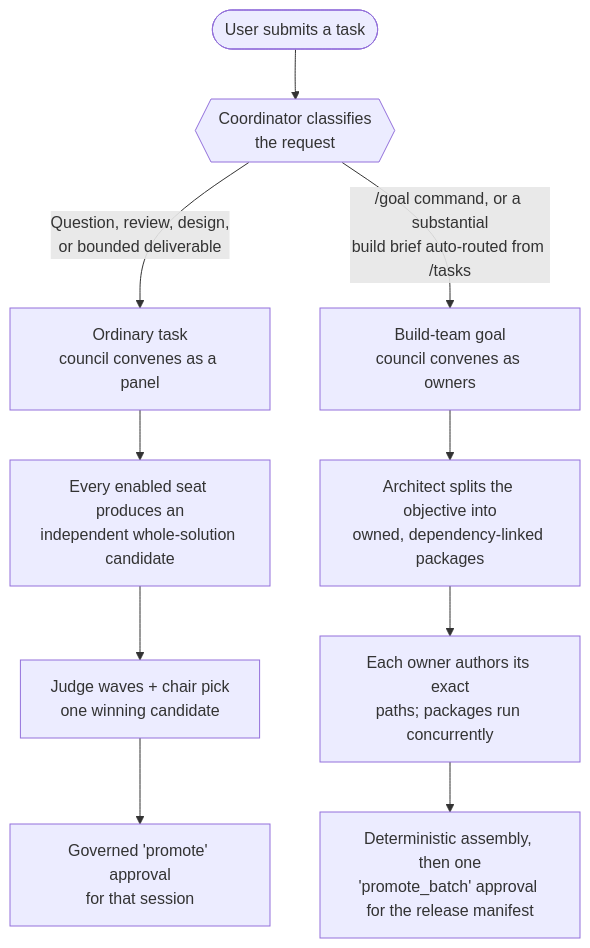
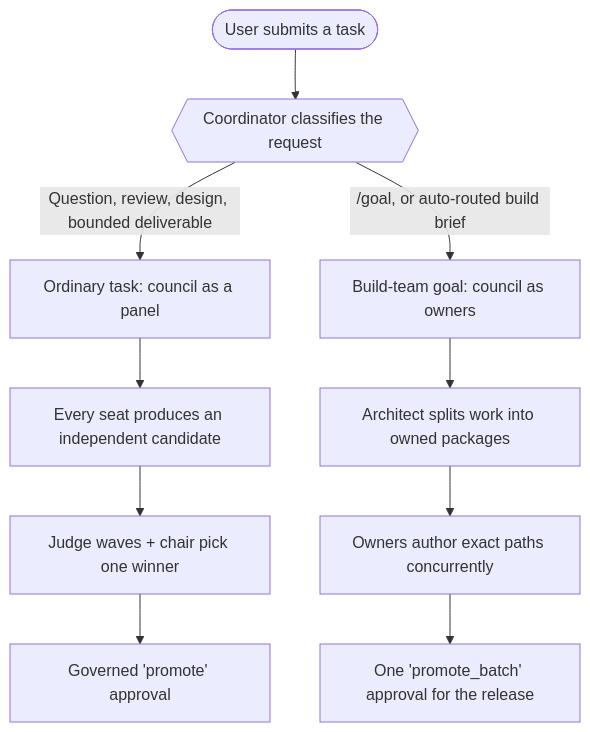
One commit to Digitalgods2/gangof8 changed the first of 3 diagrams in README.md. Above: the diagram before and after it, drawn with Mermaid. The commit also changed other lines of this file, not shown here.

First line of the commit message:
fix: drop <br/> line breaks in README Mermaid diagrams

````diff
--- a/README.md
+++ b/README.md
@@ -51,16 +51,16 @@
 ```mermaid
 flowchart TD
-    Start(["User submits a task"]) --> Classify{{"Coordinator classifies<br/>the request"}}
+    Start(["User submits a task"]) --> Classify{{"Coordinator classifies the request"}}
 
-    Classify -->|"Question, review, design,<br/>or bounded deliverable"| Ordinary["Ordinary task<br/>council convenes as a panel"]
-    Classify -->|"/goal command, or a substantial<br/>build brief auto-routed from /tasks"| Goal["Build-team goal<br/>council convenes as owners"]
+    Classify -->|"Question, review, design, bounded deliverable"| Ordinary["Ordinary task: council as a panel"]
+    Classify -->|"/goal, or auto-routed build brief"| Goal["Build-team goal: council as owners"]
 
-    Ordinary --> OrdinaryWhat["Every enabled seat produces an<br/>independent whole-solution candidate"]
-    Goal --> GoalWhat["Architect splits the objective into<br/>owned, dependency-linked packages"]
+    Ordinary --> OrdinaryWhat["Every seat produces an independent candidate"]
+    Goal --> GoalWhat["Architect splits work into owned packages"]
 
-    OrdinaryWhat --> OrdinaryPick["Judge waves + chair pick<br/>one winning candidate"]
-    GoalWhat --> GoalPick["Each owner authors its exact<br/>paths; packages run concurrently"]
+    OrdinaryWhat --> OrdinaryPick["Judge waves + chair pick one winner"]
+    GoalWhat --> GoalPick["Owners author exact paths concurrently"]
 
-    OrdinaryPick --> OrdinaryDeliver["Governed 'promote' approval<br/>for that session"]
-    GoalPick --> GoalDeliver["Deterministic assembly, then one<br/>'promote_batch' approval for the release manifest"]
+    OrdinaryPick --> OrdinaryDeliver["Governed 'promote' approval"]
+    GoalPick --> GoalDeliver["One 'promote_batch' approval for the release"]
 ```
````
